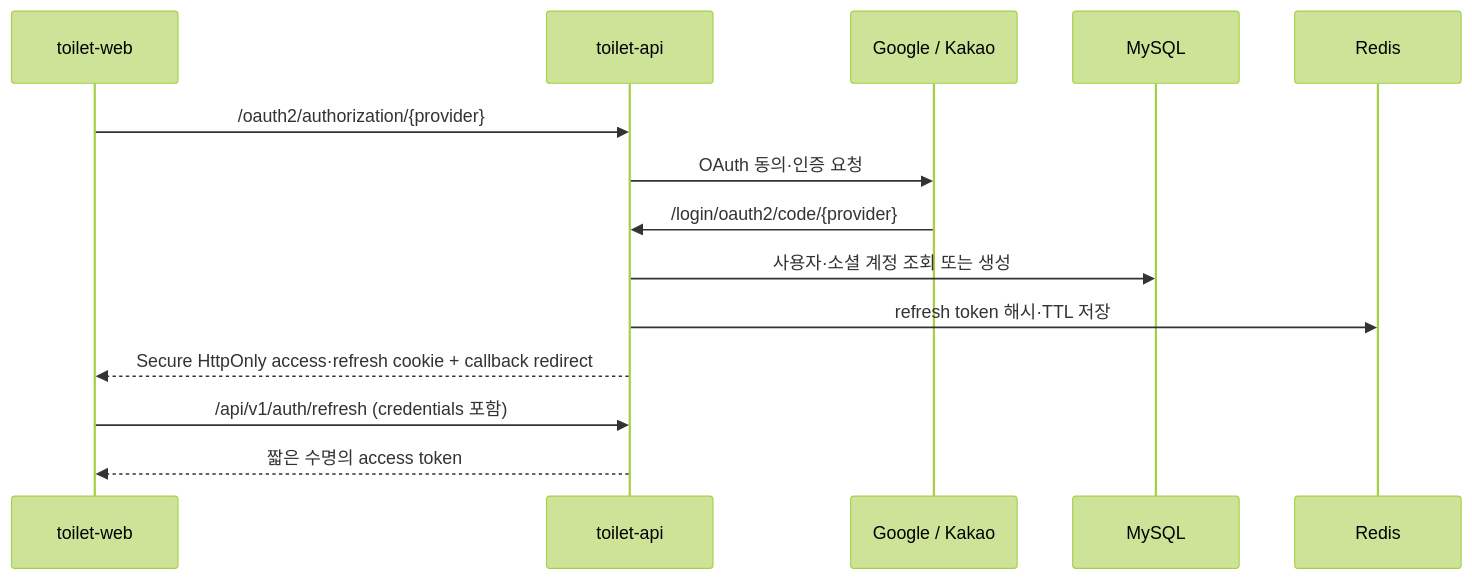
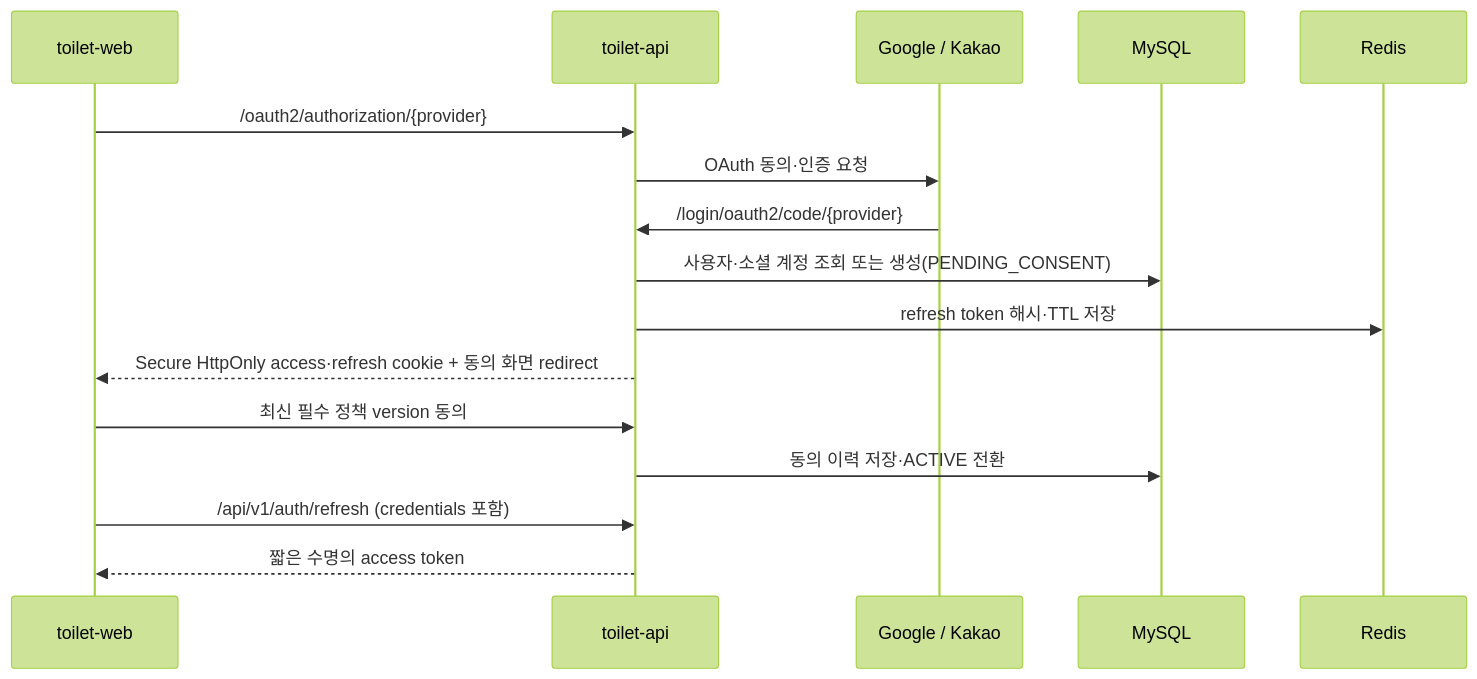
One commit to toilet-project/docs changed the first of 2 diagrams in planning/authentication-authorization-design.md. Above: the diagram before and after it, drawn with Mermaid (forest theme). The commit also changed other lines of this file and 5 other files, not shown here.

````diff
--- a/planning/authentication-authorization-design.md
+++ b/planning/authentication-authorization-design.md
@@ -17,17 +17,19 @@
 ```mermaid
 sequenceDiagram
     participant W as toilet-web
     participant A as toilet-api
     participant O as Google / Kakao
     participant D as MySQL
     participant R as Redis
 
     W->>A: /oauth2/authorization/{provider}
     A->>O: OAuth 동의·인증 요청
     O->>A: /login/oauth2/code/{provider}
-    A->>D: 사용자·소셜 계정 조회 또는 생성
+    A->>D: 사용자·소셜 계정 조회 또는 생성(PENDING_CONSENT)
     A->>R: refresh token 해시·TTL 저장
-    A-->>W: Secure HttpOnly access·refresh cookie + callback redirect
+    A-->>W: Secure HttpOnly access·refresh cookie + 동의 화면 redirect
+    W->>A: 최신 필수 정책 version 동의
+    A->>D: 동의 이력 저장·ACTIVE 전환
     W->>A: /api/v1/auth/refresh (credentials 포함)
     A-->>W: 짧은 수명의 access token
 ```
````
